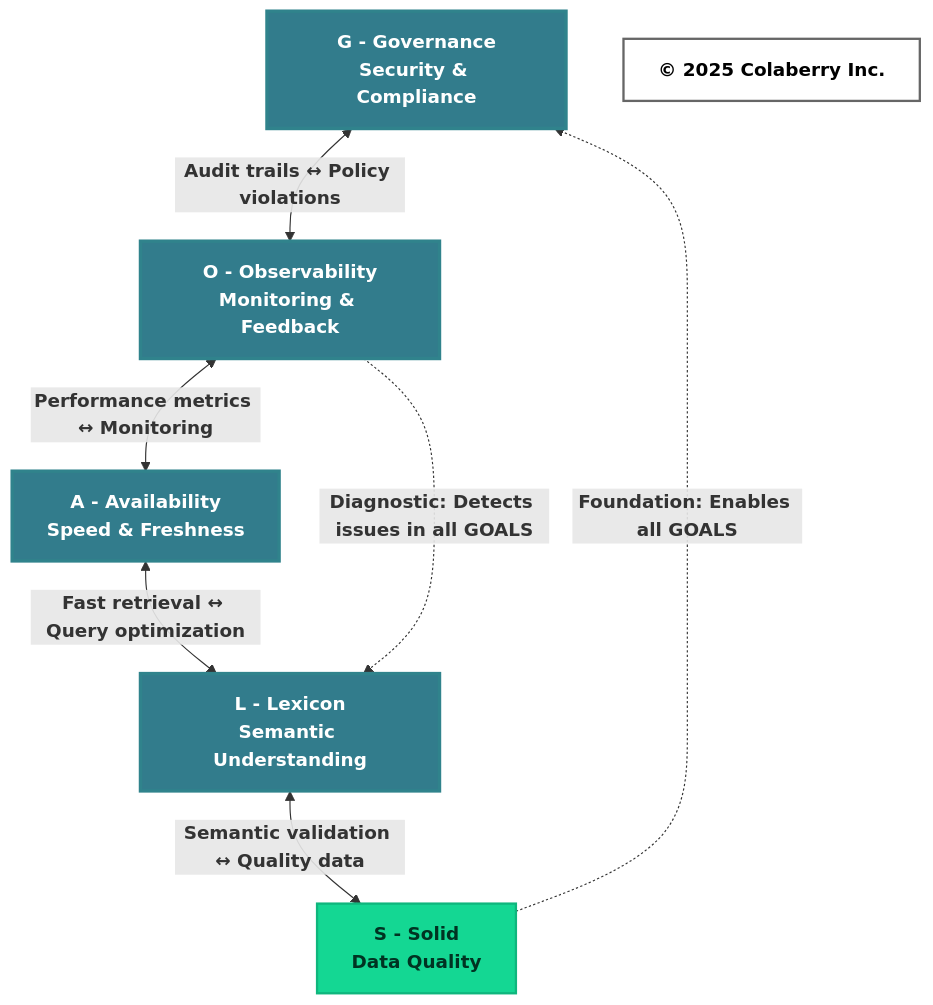
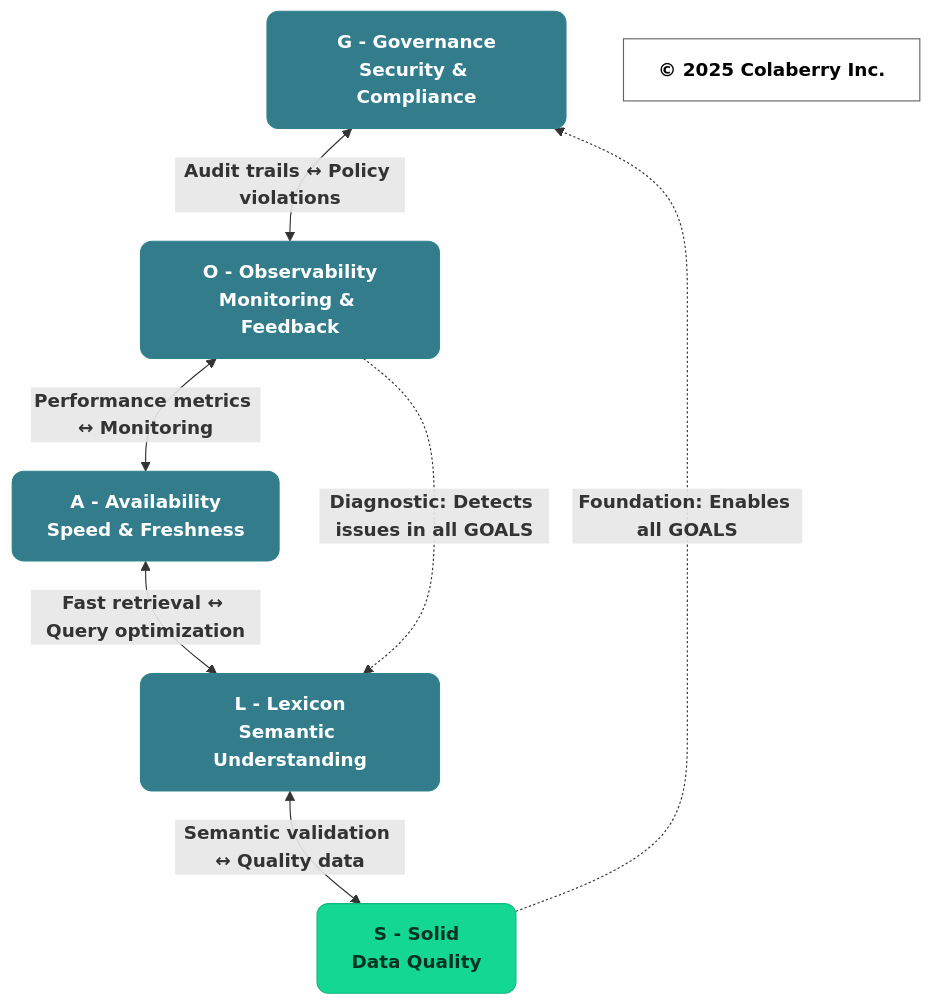
One commit to colaberry/trust-before-intelligence-book changed diagram 12 of 14 in manuscript/08_chapter_7_goals_framework.md. Above: the diagram before and after it, drawn with Mermaid. The commit also changed other lines of this file and 12 other files, not shown here.

````diff
--- a/manuscript/08_chapter_7_goals_framework.md
+++ b/manuscript/08_chapter_7_goals_framework.md
@@ -1632,25 +1632,25 @@
 ```mermaid
 graph TB
     G["<b>G - Governance</b><br/><b>Security & Compliance</b>"]
     O["<b>O - Observability</b><br/><b>Monitoring & Feedback</b>"]
     A["<b>A - Availability</b><br/><b>Speed & Freshness</b>"]
     L["<b>L - Lexicon</b><br/><b>Semantic Understanding</b>"]
     S["<b>S - Solid</b><br/><b>Data Quality</b>"]
     
     G <-->|<b>Audit trails ↔ Policy violations</b>| O
     O <-->|<b>Performance metrics ↔ Monitoring</b>| A
     A <-->|<b>Fast retrieval ↔ Query optimization</b>| L
     L <-->|<b>Semantic validation ↔ Quality data</b>| S
     
     S -.->|<b>Foundation: Enables all GOALS</b>| G
     O -.->|<b>Diagnostic: Detects issues in all GOALS</b>| L
     
-    style G fill:#327C8C,stroke:#30838C,stroke-width:3px,color:#ffffff
-    style O fill:#327C8C,stroke:#30838C,stroke-width:3px,color:#ffffff
-    style A fill:#327C8C,stroke:#30838C,stroke-width:3px,color:#ffffff
-    style L fill:#327C8C,stroke:#30838C,stroke-width:3px,color:#ffffff
-    style S fill:#14D793,stroke:#0FB67D,stroke-width:2px,color:#003322
+    style G fill:#327C8C,stroke:#30838C,stroke-width:1px,color:#ffffff,rx:10,ry:10
+    style O fill:#327C8C,stroke:#30838C,stroke-width:1px,color:#ffffff,rx:10,ry:10
+    style A fill:#327C8C,stroke:#30838C,stroke-width:1px,color:#ffffff,rx:10,ry:10
+    style L fill:#327C8C,stroke:#30838C,stroke-width:1px,color:#ffffff,rx:10,ry:10
+    style S fill:#14D793,stroke:#0FB67D,stroke-width:1px,color:#003322,rx:10,ry:10
     
     Copyright["<b>© 2025 Colaberry Inc.</b>"]
-    style Copyright fill:#ffffff,stroke:#666666,stroke-width:2px,color:#000000
+    style Copyright fill:none,stroke:#666666,stroke-width:1px,color:#000000
 ```
````
